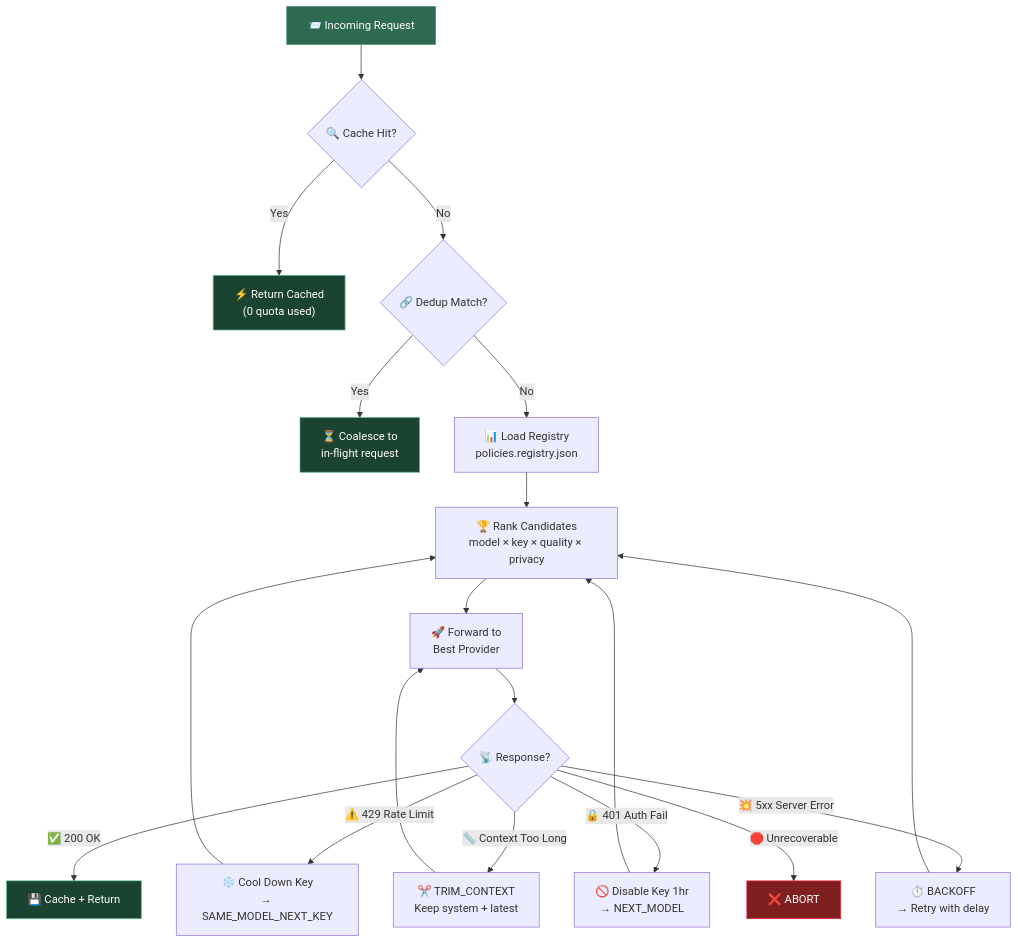
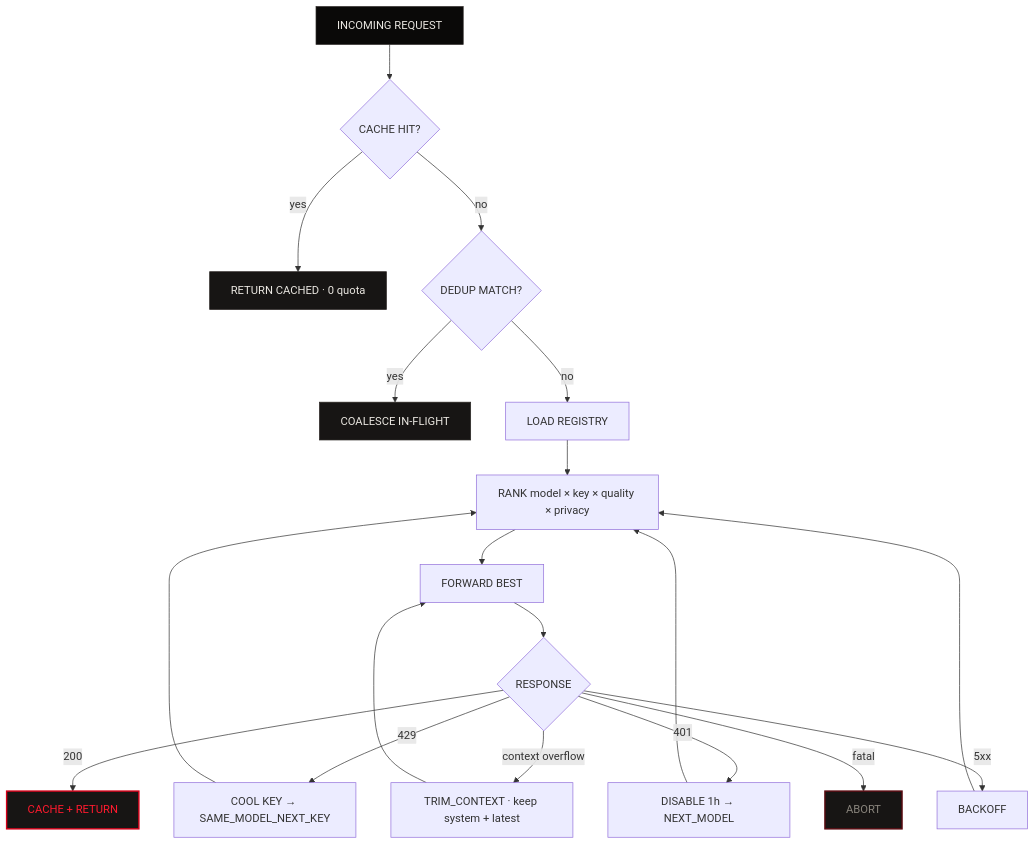
One commit to reARbitRA/konkred-AI-ecosystem changed the third of 4 diagrams in README.md. Above: the diagram before and after it, drawn with Mermaid. The commit also changed other lines of this file, not shown here.

````diff
--- a/README.md
+++ b/README.md
@@ -232,27 +253,27 @@
 ```mermaid
 flowchart TD
-    A["📨 Incoming Request"] --> B{"🔍 Cache Hit?"}
-    B -->|Yes| C["⚡ Return Cached<br/>(0 quota used)"]
-    B -->|No| D{"🔗 Dedup Match?"}
-    D -->|Yes| E["⏳ Coalesce to<br/>in-flight request"]
-    D -->|No| F["📊 Load Registry<br/>policies.registry.json"]
-    F --> G["🏆 Rank Candidates<br/>model × key × quality × privacy"]
-    G --> H["🚀 Forward to<br/>Best Provider"]
-    H --> I{"📡 Response?"}
-    I -->|"✅ 200 OK"| J["💾 Cache + Return"]
-    I -->|"⚠️ 429 Rate Limit"| K["❄️ Cool Down Key<br/>→ SAME_MODEL_NEXT_KEY"]
-    I -->|"🔒 401 Auth Fail"| L["🚫 Disable Key 1hr<br/>→ NEXT_MODEL"]
-    I -->|"📏 Context Too Long"| M["✂️ TRIM_CONTEXT<br/>Keep system + latest"]
-    I -->|"💥 5xx Server Error"| N["⏱️ BACKOFF<br/>→ Retry with delay"]
-    I -->|"🛑 Unrecoverable"| O["❌ ABORT"]
+    A["INCOMING REQUEST"] --> B{"CACHE HIT?"}
+    B -->|yes| C["RETURN CACHED · 0 quota"]
+    B -->|no| D{"DEDUP MATCH?"}
+    D -->|yes| E["COALESCE IN-FLIGHT"]
+    D -->|no| F["LOAD REGISTRY"]
+    F --> G["RANK model × key × quality × privacy"]
+    G --> H["FORWARD BEST"]
+    H --> I{"RESPONSE"}
+    I -->|200| J["CACHE + RETURN"]
+    I -->|429| K["COOL KEY → SAME_MODEL_NEXT_KEY"]
+    I -->|401| L["DISABLE 1h → NEXT_MODEL"]
+    I -->|context overflow| M["TRIM_CONTEXT · keep system + latest"]
+    I -->|5xx| N["BACKOFF"]
+    I -->|fatal| O["ABORT"]
     K --> G
     L --> G
     M --> H
     N --> G
 
-    style A fill:#2d6a4f,stroke:#40916c,color:#fff
-    style C fill:#1b4332,stroke:#52b788,color:#fff
-    style E fill:#1b4332,stroke:#52b788,color:#fff
-    style J fill:#1b4332,stroke:#52b788,color:#fff
-    style O fill:#7f2020,stroke:#ef233c,color:#fff
+    style A fill:#0a0908,stroke:#2a2624,color:#eae7e1
+    style C fill:#171514,stroke:#2a2624,color:#eae7e1
+    style E fill:#171514,stroke:#2a2624,color:#eae7e1
+    style J fill:#171514,stroke:#d60019,stroke-width:2px,color:#ff1a2e
+    style O fill:#171514,stroke:#5c0a10,stroke-width:2px,color:#8a857d
 ```
````
